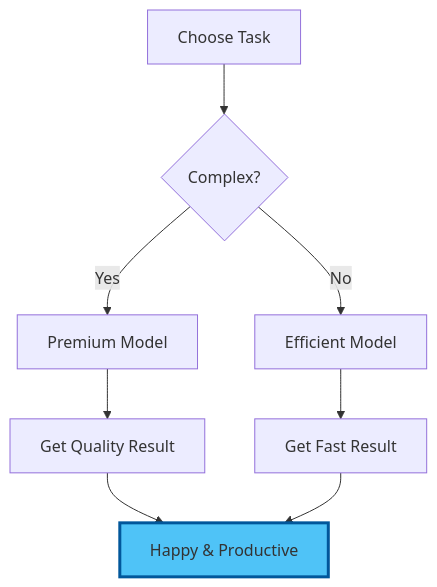
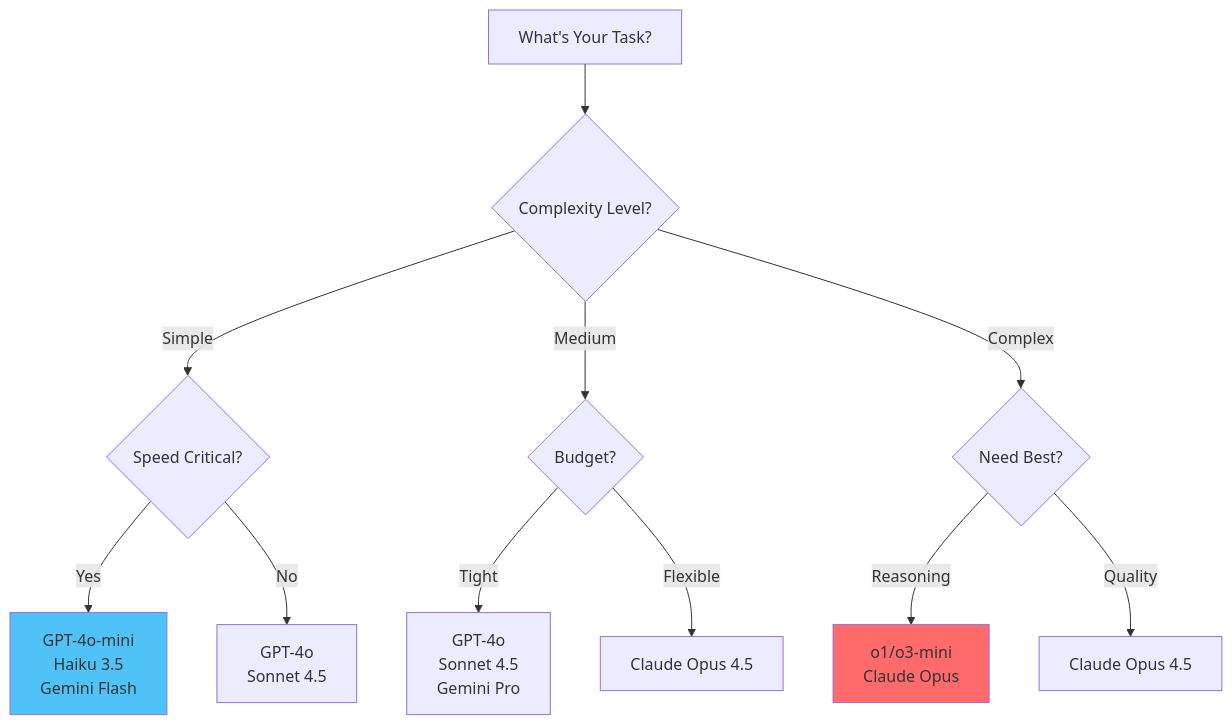
One commit to DreamLab-AI/dreamlab-ai-website changed the sixth of 6 diagrams in public/data/workshops/workshop-02-morning-ai-api-access/01_concepts.md. Above: the diagram before and after it, drawn with Mermaid. The commit also changed other lines of this file and 73 other files, not shown here.

````diff
--- a/public/data/workshops/workshop-02-morning-ai-api-access/01_concepts.md
+++ b/public/data/workshops/workshop-02-morning-ai-api-access/01_concepts.md
@@ -368,14 +467,20 @@
 ```mermaid
 graph TD
-    A[Choose Task] --> B{Complex?}
-    B -->|Yes| C[Premium Model]
-    B -->|No| D[Efficient Model]
-    
-    C --> E[Get Quality Result]
-    D --> F[Get Fast Result]
-    
-    E --> G[Happy & Productive]
-    F --> G
-    
-    style G fill:#4fc3f7,stroke:#01579b,stroke-width:3px
+    A[What's Your Task?] --> B{Complexity Level?}
+
+    B -->|Simple| C{Speed Critical?}
+    B -->|Medium| D{Budget?}
+    B -->|Complex| E{Need Best?}
+
+    C -->|Yes| F[GPT-4o-mini<br/>Haiku 3.5<br/>Gemini Flash]
+    C -->|No| G[GPT-4o<br/>Sonnet 4.5]
+
+    D -->|Tight| H[GPT-4o<br/>Sonnet 4.5<br/>Gemini Pro]
+    D -->|Flexible| I[Claude Opus 4.5]
+
+    E -->|Reasoning| J[o1/o3-mini<br/>Claude Opus]
+    E -->|Quality| K[Claude Opus 4.5]
+
+    style F fill:#4fc3f7
+    style J fill:#ff6b6b
 ```
````
